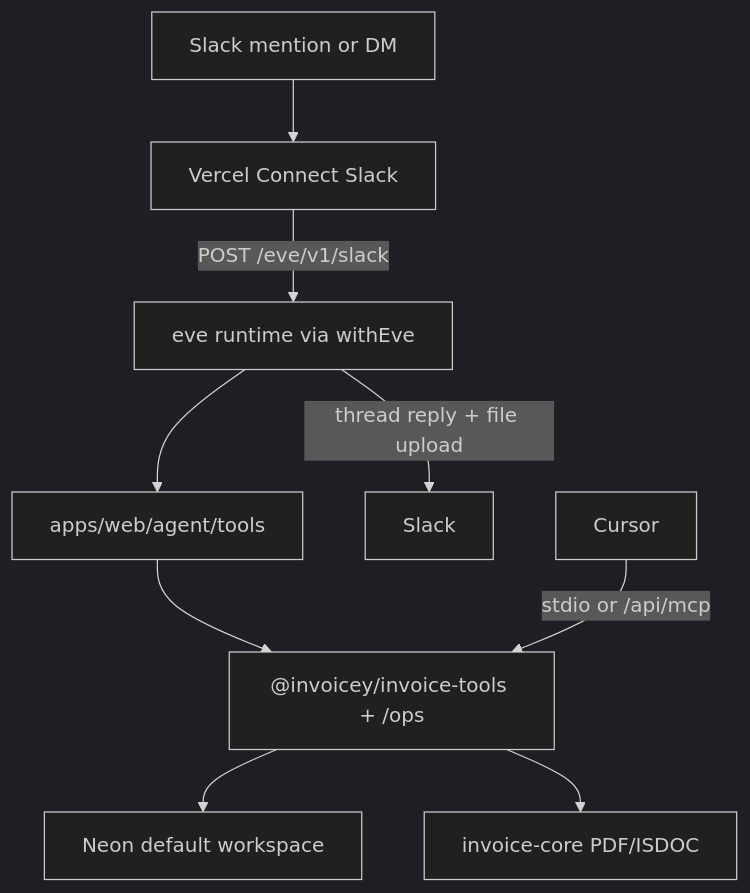
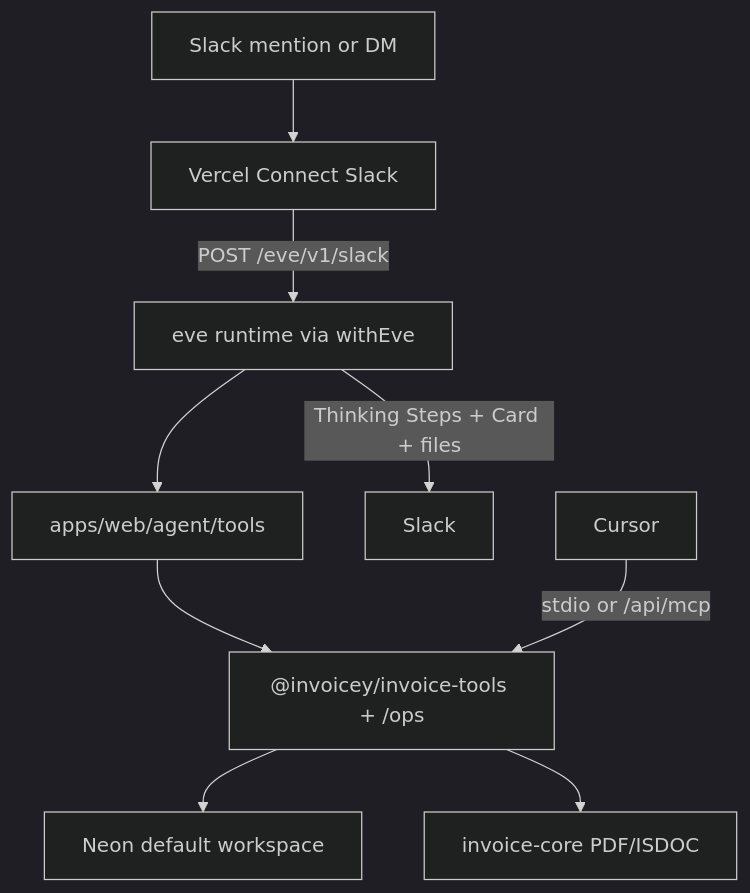
One commit to filipditrich/inveoiceyai changed the diagram in docs/specs/slack-eve.md. Above: the diagram before and after it, drawn with Mermaid (dark theme). The commit also changed other lines of this file and 11 other files, not shown here.

First line of the commit message:
feat(apps/web): add Slack Thinking Steps and invoice result cards

````diff
--- a/docs/specs/slack-eve.md
+++ b/docs/specs/slack-eve.md
@@ -7,11 +7,11 @@
 ```mermaid
 flowchart TB
   SlackUser["Slack mention or DM"] --> Connect["Vercel Connect Slack"]
   Connect -->|"POST /eve/v1/slack"| EveRuntime["eve runtime via withEve"]
   EveRuntime --> Tools["apps/web/agent/tools"]
   Tools --> InvoiceTools["@invoicey/invoice-tools + /ops"]
   InvoiceTools --> Neon["Neon default workspace"]
   InvoiceTools --> Core["invoice-core PDF/ISDOC"]
-  EveRuntime -->|"thread reply + file upload"| SlackAPI["Slack"]
+  EveRuntime -->|"Thinking Steps + Card + files"| SlackAPI["Slack"]
   Cursor["Cursor"] -->|"stdio or /api/mcp"| InvoiceTools
 ```
````
